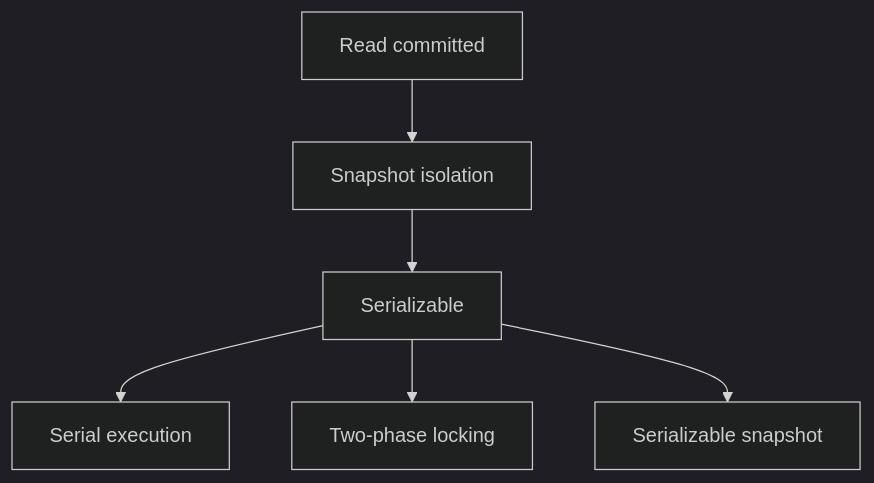
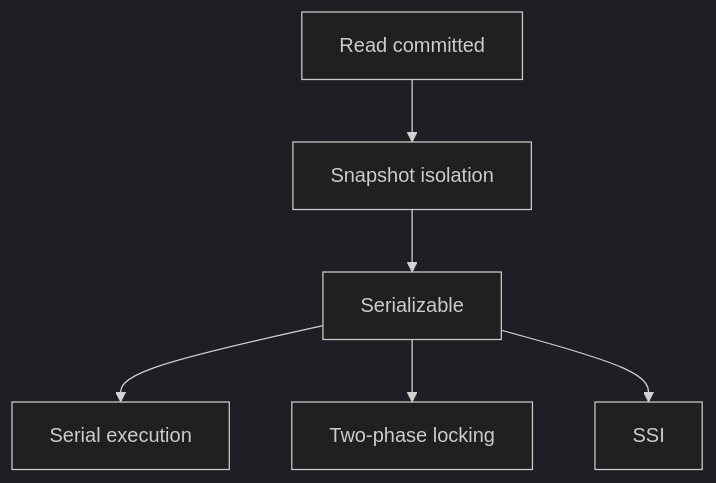
Before and after one commit to pmagnomuller/pmagnomuller.github.io: the first of 2 diagrams in _ddia/ch07-transactions.md, drawn with Mermaid (dark theme). The commit also changed other lines of this file and 28 other files, not shown here.

````diff
--- a/_ddia/ch07-transactions.md
+++ b/_ddia/ch07-transactions.md
@@ -26,8 +41,8 @@
 ```mermaid
 flowchart TD
   RC[Read committed] --> SI[Snapshot isolation]
   SI --> Ser[Serializable]
   Ser --> Exec[Serial execution]
   Ser --> Locks[Two-phase locking]
-  Ser --> SSI[Serializable snapshot]
+  Ser --> SSI[SSI]
 ```
````
